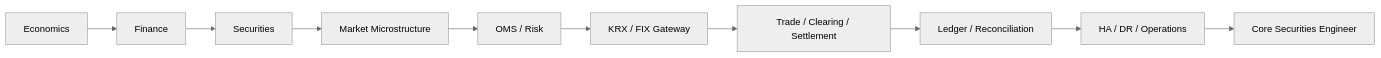
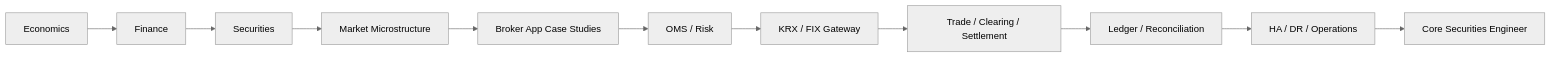
The diagram in docs/index.md (Trinhduyet/securities.github.io), drawn with Mermaid (neutral theme) before and after one commit. The commit also changed other lines of this file, not shown here.

Commit message:
surface broker app case studies on home page

````diff
--- a/docs/index.md
+++ b/docs/index.md
@@ -30,12 +30,13 @@
 ```mermaid
 flowchart LR
     A[Economics] --> B[Finance]
     B --> C[Securities]
     C --> D[Market Microstructure]
-    D --> E[OMS / Risk]
-    E --> F[KRX / FIX Gateway]
-    F --> G[Trade / Clearing / Settlement]
-    G --> H[Ledger / Reconciliation]
-    H --> I[HA / DR / Operations]
-    I --> J[Core Securities Engineer]
+    D --> E[Broker App Case Studies]
+    E --> F[OMS / Risk]
+    F --> G[KRX / FIX Gateway]
+    G --> H[Trade / Clearing / Settlement]
+    H --> I[Ledger / Reconciliation]
+    I --> J[HA / DR / Operations]
+    J --> K[Core Securities Engineer]
 ```
````
